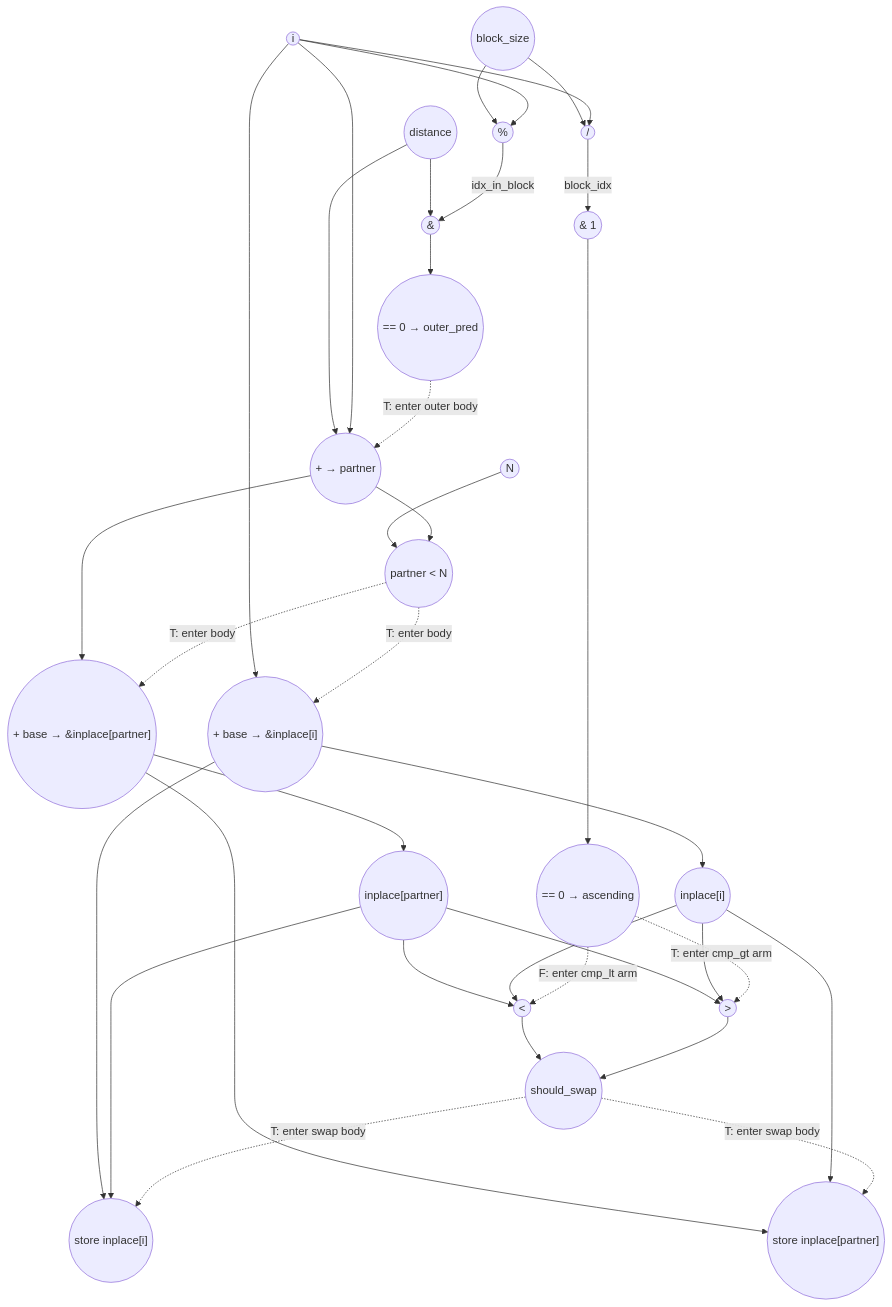
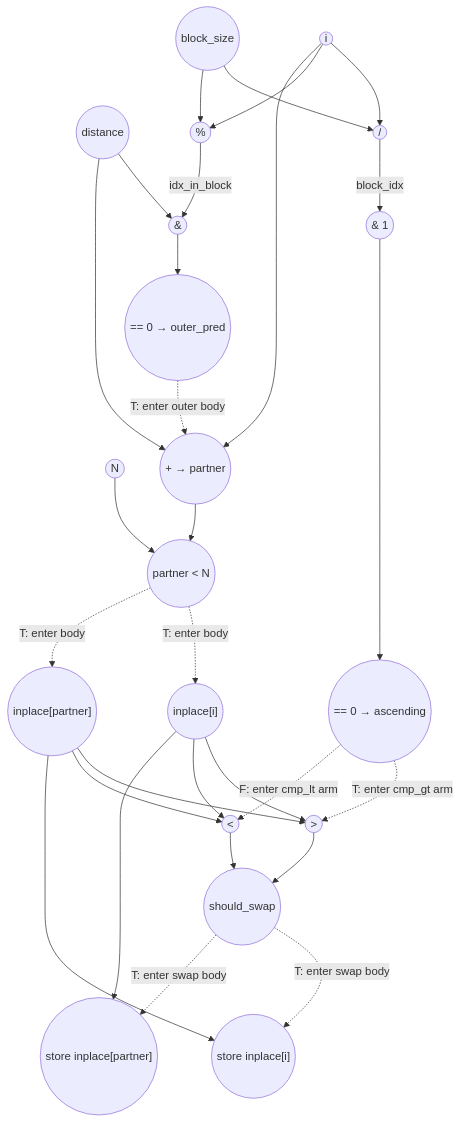
One commit to PolyArch/loom changed the diagram in tests/app/bitonic_stage/bitonic_stage_eval.md. Above: the diagram before and after it, drawn with Mermaid. The commit also changed other lines of this file and 8 other files, not shown here.

````diff
--- a/tests/app/bitonic_stage/bitonic_stage_eval.md
+++ b/tests/app/bitonic_stage/bitonic_stage_eval.md
@@ -119,10 +118,6 @@
 %% Inside outer if
 add_partner((" + → partner "))
 cmp_in_bounds((" partner < N "))
-
-%% Inside partner<N body — addr-gens and loads
-addr_i((" + base → &inplace[i] "))
-addr_p((" + base → &inplace[partner] "))
 
 %% Inside if (ascending) body — only one fires per lane
 cmp_gt((" > "))
@@ -153,15 +148,9 @@
 add_partner --> cmp_in_bounds
 N_val --> cmp_in_bounds
 
-%% partner<N gate: addr-gens live inside its body
-cmp_in_bounds -. T: enter body .-> addr_i
-cmp_in_bounds -. T: enter body .-> addr_p
-i --> addr_i
-add_partner --> addr_p
-
-%% Loads
-addr_i --> inplace_i
-addr_p --> inplace_p
+%% partner<N gate: loads live inside its body (bare-scalar subscripts → no addr-gen node)
+cmp_in_bounds -. T: enter body .-> inplace_i
+cmp_in_bounds -. T: enter body .-> inplace_p
 
 %% if (ascending) gate: only the taken-arm cmp fires
 cmp_asc -. T: enter cmp_gt arm .-> cmp_gt
@@ -177,12 +166,10 @@
 should_swap -. T: enter swap body .-> st_i
 should_swap -. T: enter swap body .-> st_p
 
-%% Store values flow from already-loaded array elements; addr reused from C9
+%% Store values flow from already-loaded array elements (bare-scalar subscripts → no addr-gen)
 inplace_p --> st_i
 inplace_i --> st_p
-addr_i --> st_i
-addr_p --> st_p
 
-%% Critical path (12-cycle body): load pass → 1<<pass=distance → idx_in_block & distance → ==0 → outer_pred → partner add → partner<N → addr_p → load inplace_p → cmp → should_swap → store
-%% Highlighted: band_pred→cmp_pred, gate cmp_pred→add_partner, add_partner→cmp_in_bounds, gate cmp_in_bounds→addr_p, addr_p→inplace_p, inplace_p→cmp_gt/lt, cmp_gt/lt→should_swap, gate should_swap→st, store edges
+%% Critical path (11-cycle body): load pass → 1<<pass=distance → idx_in_block & distance → ==0 → outer_pred → partner add → partner<N → load inplace_p → cmp → should_swap → store
+%% Highlighted: band_pred→cmp_pred, gate cmp_pred→add_partner, add_partner→cmp_in_bounds, gate cmp_in_bounds→inplace_p, inplace_p→cmp_gt/lt, cmp_gt/lt→should_swap, gate should_swap→st, store edges
 ```
````
